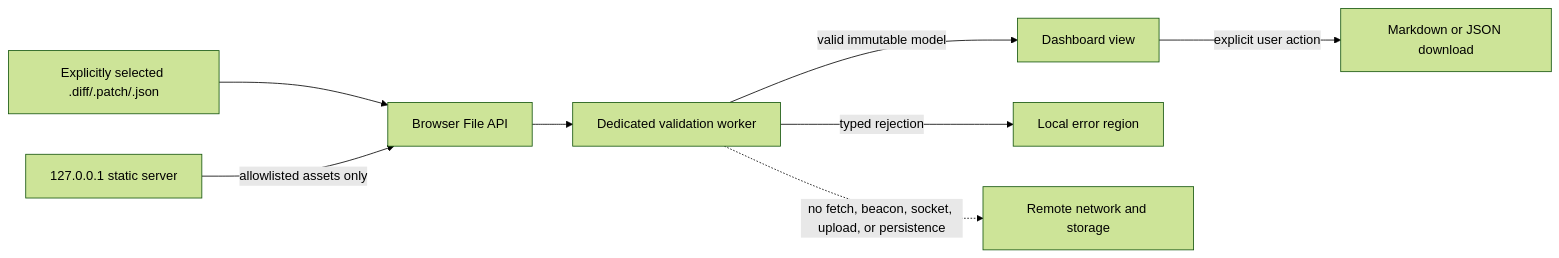
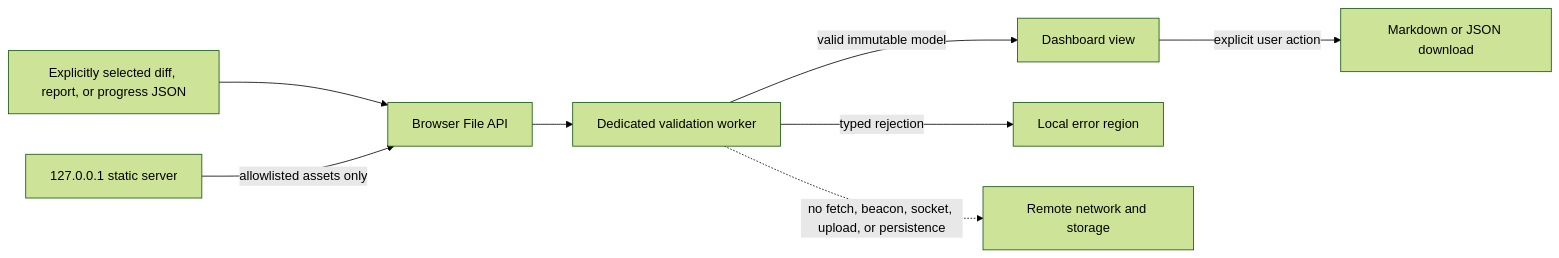
Before and after one commit to keepithandy/merge-guard: the diagram in docs/architecture/dashboard-architecture.md, drawn with Mermaid (forest theme). The commit also changed other lines of this file and 18 other files, not shown here.

````diff
--- a/docs/architecture/dashboard-architecture.md
+++ b/docs/architecture/dashboard-architecture.md
@@ -15,10 +15,10 @@
 ```mermaid
 flowchart LR
-  A[Explicitly selected .diff/.patch/.json] --> B[Browser File API]
+  A[Explicitly selected diff, report, or progress JSON] --> B[Browser File API]
   B --> C[Dedicated validation worker]
   C -->|valid immutable model| D[Dashboard view]
   C -->|typed rejection| E[Local error region]
   D -->|explicit user action| F[Markdown or JSON download]
   G[127.0.0.1 static server] -->|allowlisted assets only| B
   C -. no fetch, beacon, socket, upload, or persistence .-> H[Remote network and storage]
 ```
````
